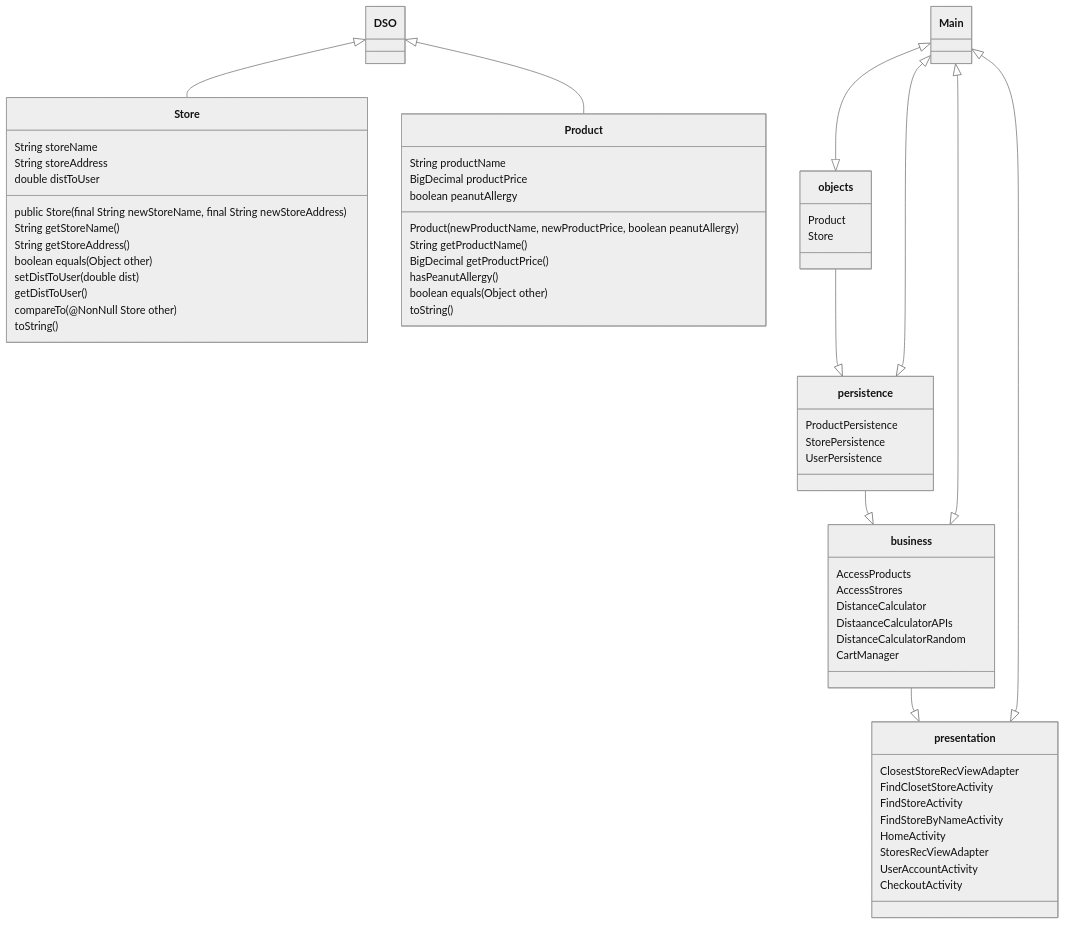
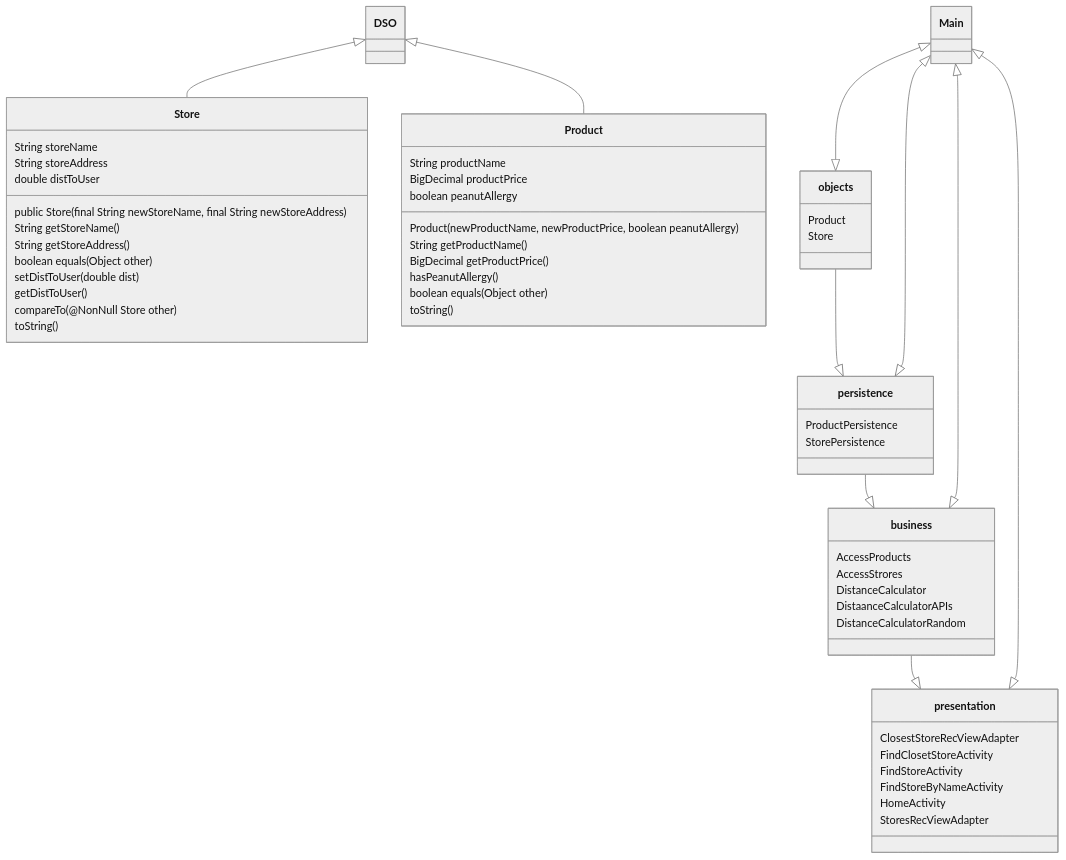
Before and after one commit to timonchen/GoCart: the diagram in ARCHITECTURE.md, drawn with Mermaid (neutral theme). The commit also changed other lines of this file, not shown here.

Commit message:
Replace ARCHITECTURE.md

````diff
--- a/ARCHITECTURE.md
+++ b/ARCHITECTURE.md
@@ -31,82 +31,81 @@
 ```mermaid
 classDiagram
     Main <|--|> objects
     Main <|--|> persistence 
 	
     Main <|--|> business
 
     Main <|--|> presentation
 
     business --|> presentation
     persistence --|> business
     objects --|> persistence
     class Main{
     }
 
  class business{
 	AccessProducts
 	AccessStrores
 	DistanceCalculator
 	DistaanceCalculatorAPIs
 	DistanceCalculatorRandom
-CartManager
+
 
 
 }
 
 class objects{
 Product
 Store
 }
 
 class persistence{
 ProductPersistence
 StorePersistence
-UserPersistence
+
 }
 
 class presentation{
 ClosestStoreRecViewAdapter
 FindClosetStoreActivity
 FindStoreActivity
 FindStoreByNameActivity
 HomeActivity
 StoresRecViewAdapter
-UserAccountActivity
-CheckoutActivity
+
 
 }
 
 
 
     DSO <|-- Store
     DSO <|-- Product
 
 class DSO{  
   }
 class Product{
 String productName
 BigDecimal productPrice
 boolean peanutAllergy
 Product(newProductName, newProductPrice, boolean peanutAllergy)
 String getProductName()
 BigDecimal getProductPrice()
 hasPeanutAllergy()
 boolean equals(Object other)
 toString()
 
 }
 class Store{
 String storeName
 String storeAddress
 double distToUser
 public Store(final String newStoreName, final String newStoreAddress)
 String getStoreName()
 String getStoreAddress()
 boolean equals(Object other) 
 setDistToUser(double dist)
 getDistToUser()
 compareTo(@NonNull Store other) 
 toString()
 }
 ```
````
